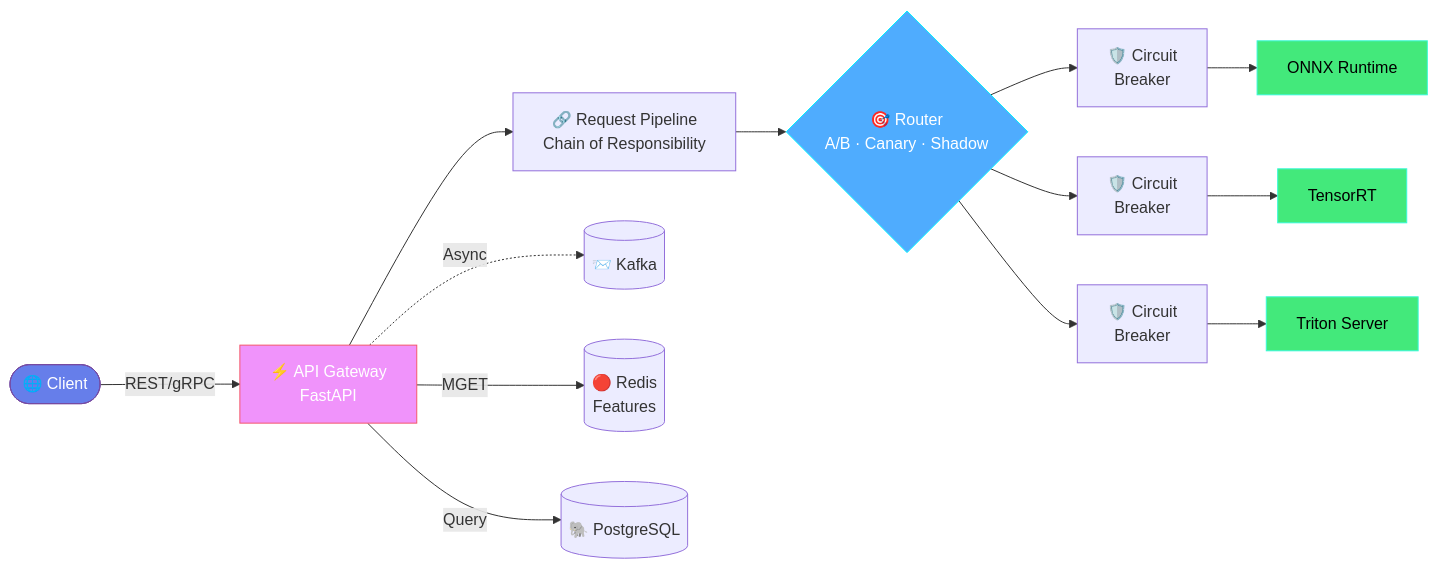
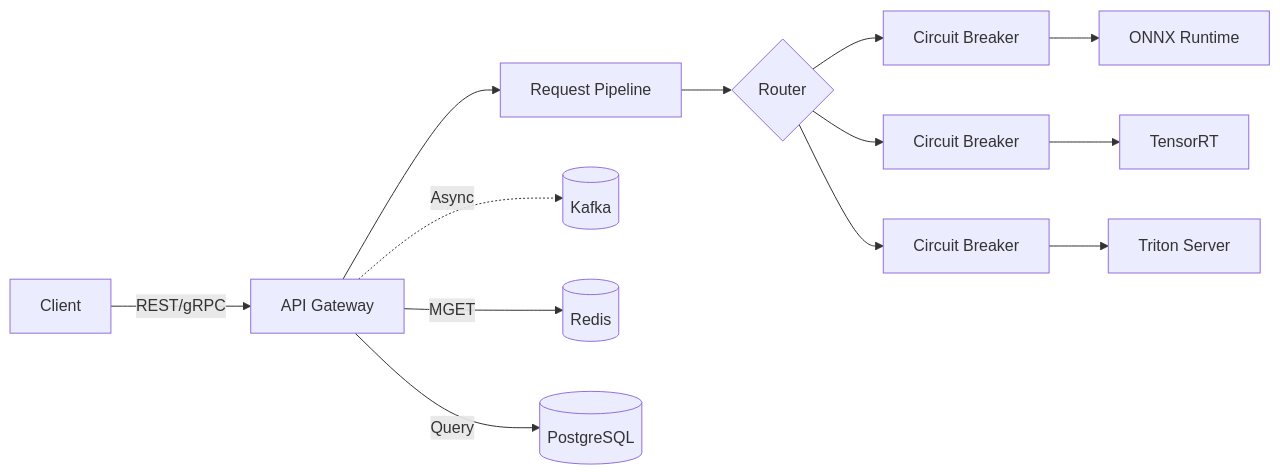
One commit to vtnguyen04/phoenix_ML changed the first of 2 diagrams in README.md. Above: the diagram before and after it, drawn with Mermaid. The commit also changed other lines of this file and 21 other files, not shown here.

````diff
--- a/README.md
+++ b/README.md
@@ -86,26 +86,19 @@
 ```mermaid
 graph LR
-    Client([🌐 Client]) -->|REST/gRPC| Gateway[⚡ API Gateway<br/>FastAPI]
-    Gateway --> Pipeline[🔗 Request Pipeline<br/>Chain of Responsibility]
-    Pipeline --> Router{🎯 Router<br/>A/B · Canary · Shadow}
+    Client[Client] -->|REST/gRPC| Gateway[API Gateway]
+    Gateway --> Pipeline[Request Pipeline]
+    Pipeline --> Router{Router}
 
-    Router --> CB1[🛡️ Circuit<br/>Breaker]
+    Router --> CB1[Circuit Breaker]
     CB1 --> ONNX[ONNX Runtime]
 
-    Router --> CB2[🛡️ Circuit<br/>Breaker]
+    Router --> CB2[Circuit Breaker]
     CB2 --> TRT[TensorRT]
 
-    Router --> CB3[🛡️ Circuit<br/>Breaker]
+    Router --> CB3[Circuit Breaker]
     CB3 --> Triton[Triton Server]
 
-    Gateway -.->|Async| Kafka[(📨 Kafka)]
-    Gateway -->|MGET| Redis[(🔴 Redis<br/>Features)]
-    Gateway -->|Query| PG[(🐘 PostgreSQL)]
-
-    style Client fill:#667eea,stroke:#764ba2,color:#fff
-    style Gateway fill:#f093fb,stroke:#f5576c,color:#fff
-    style Router fill:#4facfe,stroke:#00f2fe,color:#fff
-    style ONNX fill:#43e97b,stroke:#38f9d7,color:#000
-    style TRT fill:#43e97b,stroke:#38f9d7,color:#000
-    style Triton fill:#43e97b,stroke:#38f9d7,color:#000
+    Gateway -.->|Async| Kafka[(Kafka)]
+    Gateway -->|MGET| Redis[(Redis)]
+    Gateway -->|Query| PG[(PostgreSQL)]
 ```
````
